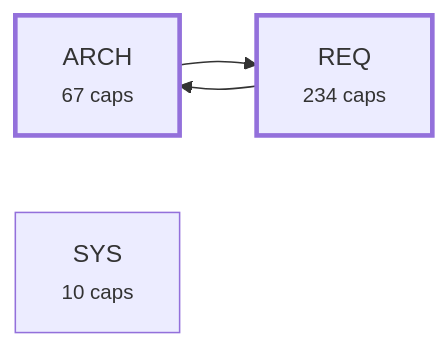
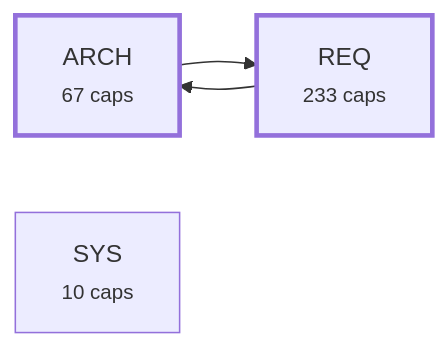
Before and after one commit to alxmax/Requirement-manager: the third of 4 diagrams in plugin/requirements/_map.md, drawn with Mermaid. The commit also changed other lines of this file and 38 other files, not shown here.

````diff
--- a/plugin/requirements/_map.md
+++ b/plugin/requirements/_map.md
@@ -1082,10 +1077,10 @@
 ```mermaid
 graph LR
   a_ARCH["ARCH<br><small>67 caps</small>"]
-  a_REQ["REQ<br><small>234 caps</small>"]
+  a_REQ["REQ<br><small>233 caps</small>"]
   a_SYS["SYS<br><small>10 caps</small>"]
   a_ARCH --> a_REQ
   a_REQ --> a_ARCH
   style a_ARCH stroke-width:3px
   style a_REQ stroke-width:3px
 ```
````
